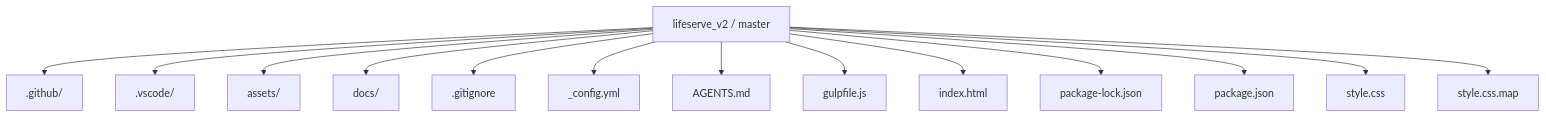
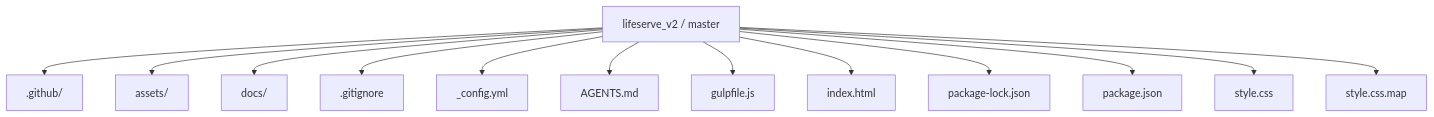
One commit to Nischhalsubba/lifeserve_v2 changed the first of 5 diagrams in README.md. Above: the diagram before and after it, drawn with Mermaid. The commit also changed other lines of this file, not shown here.

````diff
--- a/README.md
+++ b/README.md
@@ -25,17 +55,16 @@
 ```mermaid
 flowchart TD
     ROOT["lifeserve_v2 / master"]
     ROOT --> P0[".github/"]
-    ROOT --> P1[".vscode/"]
-    ROOT --> P2["assets/"]
-    ROOT --> P3["docs/"]
-    ROOT --> P4[".gitignore"]
-    ROOT --> P5["_config.yml"]
-    ROOT --> P6["AGENTS.md"]
-    ROOT --> P7["gulpfile.js"]
-    ROOT --> P8["index.html"]
-    ROOT --> P9["package-lock.json"]
-    ROOT --> P10["package.json"]
-    ROOT --> P11["style.css"]
-    ROOT --> P12["style.css.map"]
+    ROOT --> P1["assets/"]
+    ROOT --> P2["docs/"]
+    ROOT --> P3[".gitignore"]
+    ROOT --> P4["_config.yml"]
+    ROOT --> P5["AGENTS.md"]
+    ROOT --> P6["gulpfile.js"]
+    ROOT --> P7["index.html"]
+    ROOT --> P8["package-lock.json"]
+    ROOT --> P9["package.json"]
+    ROOT --> P10["style.css"]
+    ROOT --> P11["style.css.map"]
 ```
````
